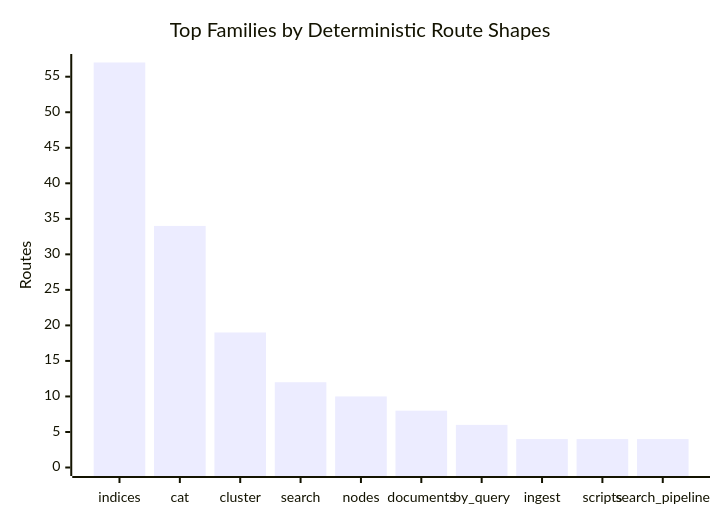
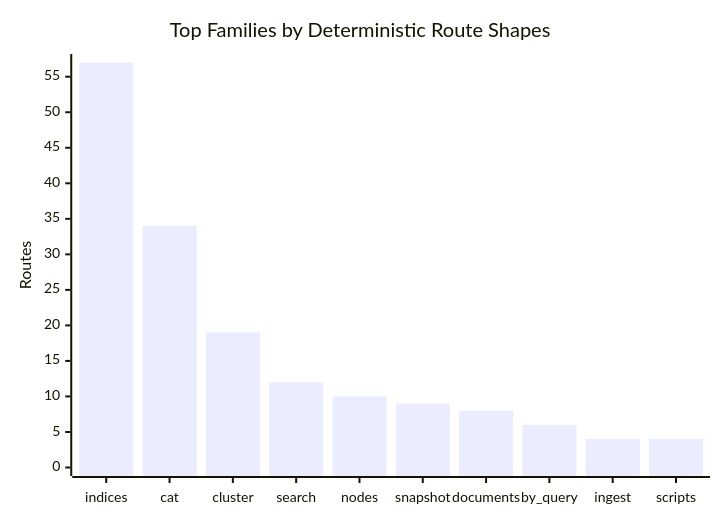
One commit to qzg/opensearch-lite changed the fourth of 4 diagrams in docs/api-coverage.md. Above: the diagram before and after it, drawn with Mermaid. The commit also changed other lines of this file and 12 other files, not shown here.

````diff
--- a/docs/api-coverage.md
+++ b/docs/api-coverage.md
@@ -68,7 +68,7 @@
 ```mermaid
 xychart-beta
   title "Top Families by Deterministic Route Shapes"
-  x-axis ["indices", "cat", "cluster", "search", "nodes", "documents", "by_query", "ingest", "scripts", "search_pipeline"]
+  x-axis ["indices", "cat", "cluster", "search", "nodes", "snapshot", "documents", "by_query", "ingest", "scripts"]
   y-axis "Routes" 0 --> 57
-  bar [57, 34, 19, 12, 10, 8, 6, 4, 4, 4]
+  bar [57, 34, 19, 12, 10, 9, 8, 6, 4, 4]
 ```
````
